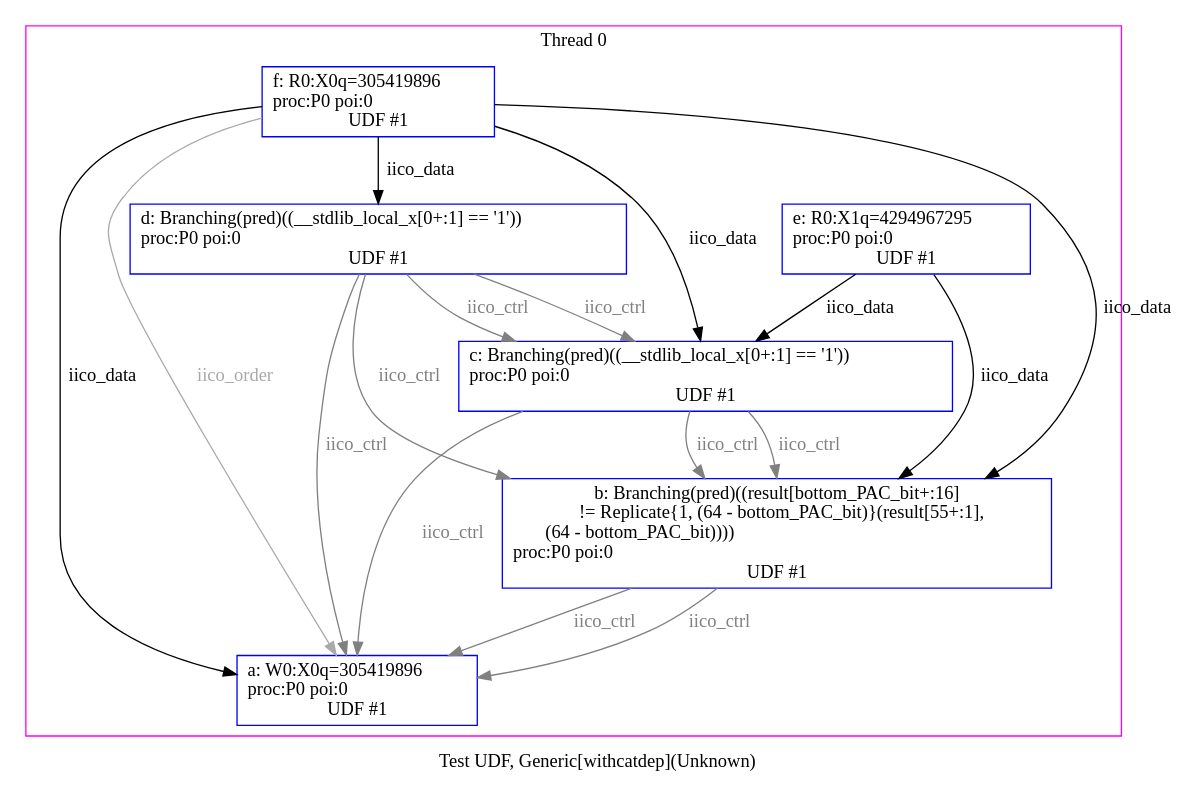
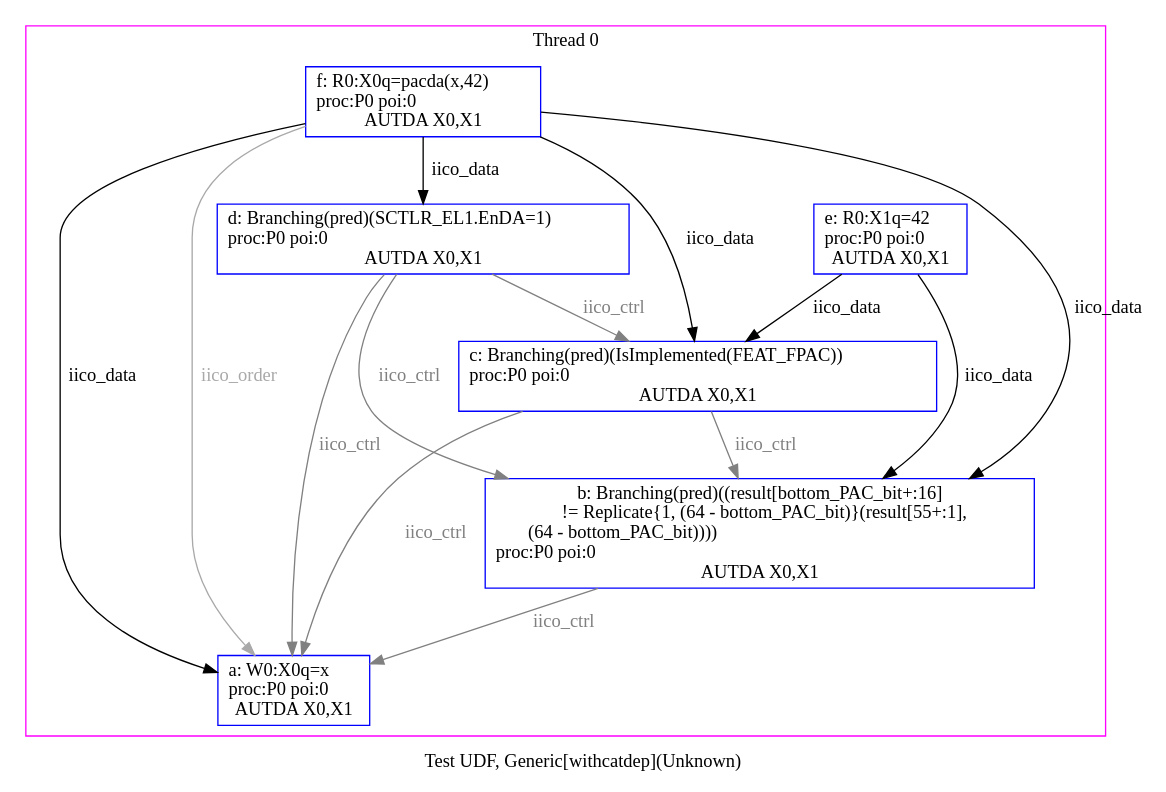
The diagram in pac_tests/notes/fpac_with_result_eq_target_success.dot (herd/herdtools7), drawn with Graphviz before and after one commit. The commit also changed 18 other files, not shown here.

```diff
--- a/pac_tests/notes/fpac_with_result_eq_target_success.dot
+++ b/pac_tests/notes/fpac_with_result_eq_target_success.dot
@@ -1,46 +1,37 @@
 digraph G {
 
 
 /* legend */
 label="Test UDF, Generic[withcatdep](Unknown)";
 
 
 /* the unlocked events */
 subgraph cluster_proc0 { rank=sink; label = "Thread 0"; color=magenta; shape=box;
-eiid0 [label="a: W0:X0q=305419896\lproc:P0 poi:0\lUDF #1", shape="box", color="blue"];
+eiid0 [label="a: W0:X0q=x\lproc:P0 poi:0\lAUTDA X0,X1", shape="box", color="blue"];
 eiid1 [label="b: Branching(pred)((result[bottom_PAC_bit+:16]
    != Replicate{1, (64 - bottom_PAC_bit)}(result[55+:1],
-        (64 - bottom_PAC_bit))))\lproc:P0 poi:0\lUDF #1", shape="box", color="blue"];
-eiid2 [label="c: Branching(pred)((__stdlib_local_x[0+:1] == '1'))\lproc:P0 poi:0\lUDF #1", shape="box", color="blue"];
-eiid3 [label="d: Branching(pred)((__stdlib_local_x[0+:1] == '1'))\lproc:P0 poi:0\lUDF #1", shape="box", color="blue"];
-eiid4 [label="e: R0:X1q=4294967295\lproc:P0 poi:0\lUDF #1", shape="box", color="blue"];
-eiid5 [label="f: R0:X0q=305419896\lproc:P0 poi:0\lUDF #1", shape="box", color="blue"];
+        (64 - bottom_PAC_bit))))\lproc:P0 poi:0\lAUTDA X0,X1", shape="box", color="blue"];
+eiid2 [label="c: Branching(pred)(IsImplemented(FEAT_FPAC))\lproc:P0 poi:0\lAUTDA X0,X1", shape="box", color="blue"];
+eiid3 [label="d: Branching(pred)(SCTLR_EL1.EnDA=1)\lproc:P0 poi:0\lAUTDA X0,X1", shape="box", color="blue"];
+eiid4 [label="e: R0:X1q=42\lproc:P0 poi:0\lAUTDA X0,X1", shape="box", color="blue"];
+eiid5 [label="f: R0:X0q=pacda(x,42)\lproc:P0 poi:0\lAUTDA X0,X1", shape="box", color="blue"];
 }
 
 /* the intra_causality_data edges */
 
 eiid4 -> eiid1 [label="iico_data", color="black", fontcolor="black"];
 eiid4 -> eiid2 [label="iico_data", color="black", fontcolor="black"];
 eiid5 -> eiid0 [label="iico_data", color="black", fontcolor="black"];
 eiid5 -> eiid1 [label="iico_data", color="black", fontcolor="black"];
 eiid5 -> eiid2 [label="iico_data", color="black", fontcolor="black"];
 eiid5 -> eiid3 [label="iico_data", color="black", fontcolor="black"];
 
 /* the intra_causality_control edges */
 eiid1 -> eiid0 [label="iico_ctrl", color="grey", fontcolor="grey"];
 eiid2 -> eiid0 [label="iico_ctrl", color="grey", fontcolor="grey"];
 eiid2 -> eiid1 [label="iico_ctrl", color="grey", fontcolor="grey"];
 eiid3 -> eiid0 [label="iico_ctrl", color="grey", fontcolor="grey"];
 eiid3 -> eiid1 [label="iico_ctrl", color="grey", fontcolor="grey"];
 eiid3 -> eiid2 [label="iico_ctrl", color="grey", fontcolor="grey"];
 eiid5 -> eiid0 [label="iico_order", color="darkgrey", fontcolor="darkgrey"];
-
-/* the poi edges */
-/* the rfmap edges */
-
-
-/* The viewed-before edges */
-eiid1 -> eiid0 [label="iico_ctrl", color="grey", fontcolor="grey"];
-eiid2 -> eiid1 [label="iico_ctrl", color="grey", fontcolor="grey"];
-eiid3 -> eiid2 [label="iico_ctrl", color="grey", fontcolor="grey"];
 }
```
